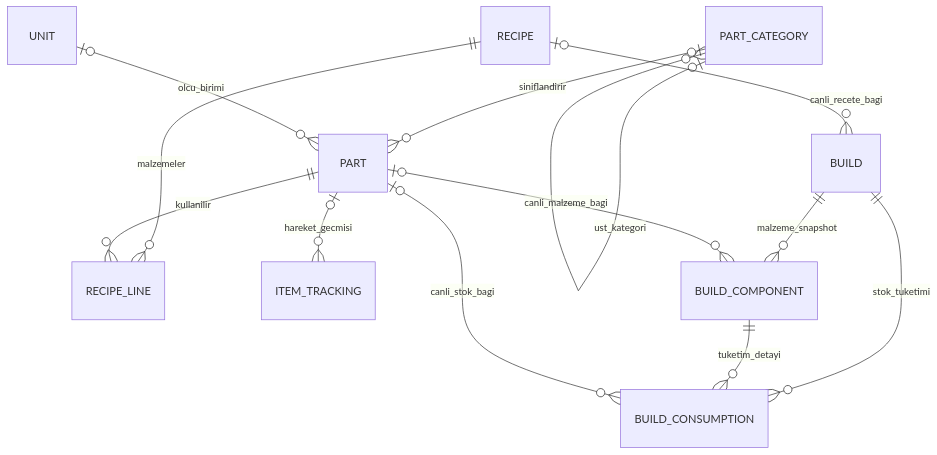
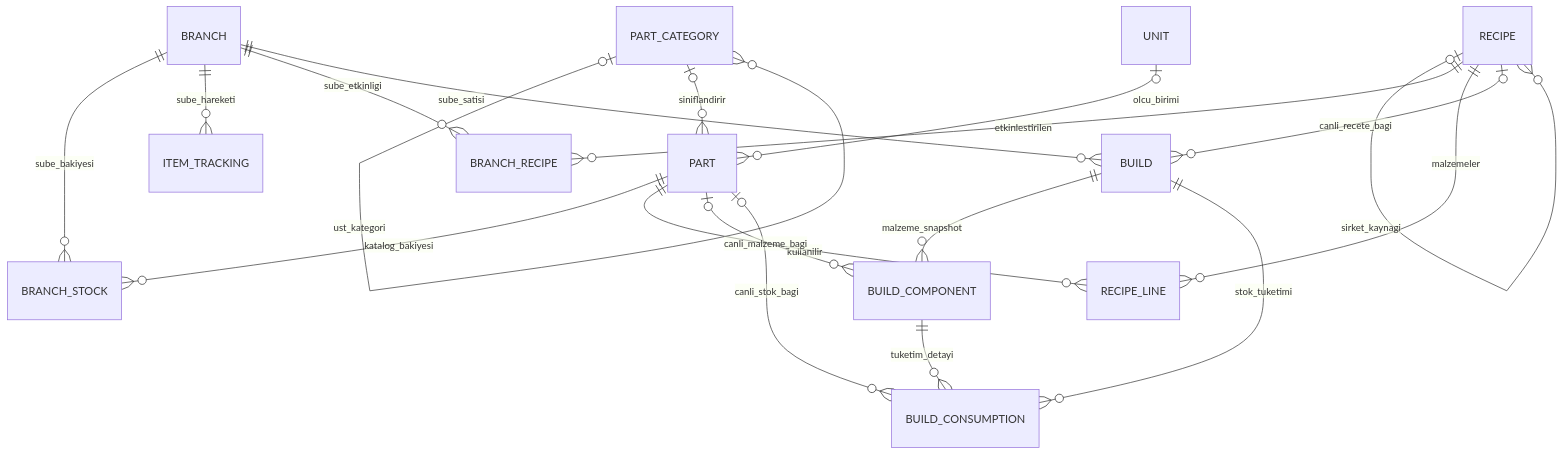
The third of 4 diagrams in docs/proje-mimarisi.md (suheyldroid/simayi-erp), drawn with Mermaid before and after one commit. The commit also changed other lines of this file and 458 other files, not shown here.

````diff
--- a/docs/proje-mimarisi.md
+++ b/docs/proje-mimarisi.md
@@ -198,18 +201,27 @@
 ```mermaid
 erDiagram
     PART_CATEGORY o|--o{ PART_CATEGORY : ust_kategori
     PART_CATEGORY o|--o{ PART : siniflandirir
     UNIT o|--o{ PART : olcu_birimi
 
+    BRANCH ||--o{ BRANCH_STOCK : sube_bakiyesi
+    PART ||--o{ BRANCH_STOCK : katalog_bakiyesi
+    BRANCH ||--o{ ITEM_TRACKING : sube_hareketi
+
+    RECIPE o|--o{ RECIPE : sube_yerel_tanimi
+    RECIPE o|--o{ RECIPE : sirket_kaynagi
+    BRANCH ||--o{ BRANCH_RECIPE : sube_etkinligi
+    RECIPE ||--o{ BRANCH_RECIPE : etkinlestirilen
+
     RECIPE ||--o{ RECIPE_LINE : malzemeler
     PART ||--o{ RECIPE_LINE : kullanilir
-    PART o|--o{ ITEM_TRACKING : hareket_gecmisi
 
+    BRANCH ||--o{ BUILD : sube_satisi
     RECIPE o|--o{ BUILD : canli_recete_bagi
     BUILD ||--o{ BUILD_COMPONENT : malzeme_snapshot
     BUILD ||--o{ BUILD_CONSUMPTION : stok_tuketimi
     BUILD_COMPONENT ||--o{ BUILD_CONSUMPTION : tuketim_detayi
 
     PART o|--o{ BUILD_COMPONENT : canli_malzeme_bagi
     PART o|--o{ BUILD_CONSUMPTION : canli_stok_bagi
 ```
````
